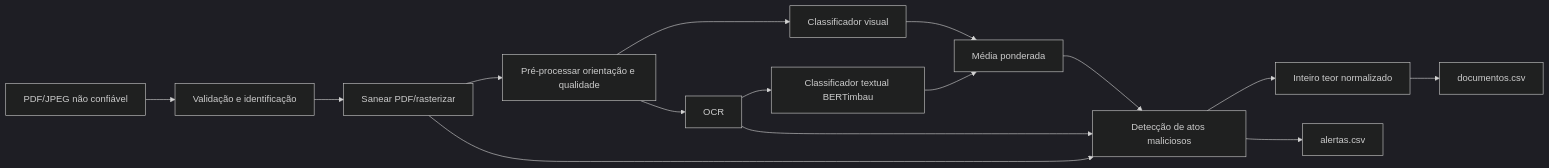
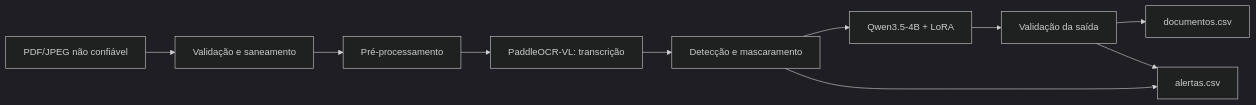
The diagram in docs/architecture/overview.md (glauberg/visiondoc), drawn with Mermaid (dark theme) before and after one commit. The commit also changed other lines of this file and 36 other files, not shown here.

````diff
--- a/docs/architecture/overview.md
+++ b/docs/architecture/overview.md
@@ -11,17 +7,12 @@
 ```mermaid
 flowchart LR
-  A[PDF/JPEG não confiável] --> B[Validação e identificação]
-  B --> C[Sanear PDF/rasterizar]
-  C --> D[Pré-processar orientação e qualidade]
-  D --> E[Classificador visual]
-  D --> F[OCR]
-  F --> G[Classificador textual BERTimbau]
-  E --> H[Média ponderada]
-  G --> H
-  F --> I[Detecção de atos maliciosos]
-  C --> I
-  H --> I
-  I --> J[Inteiro teor normalizado]
-  J --> K[documentos.csv]
-  I --> L[alertas.csv]
+  A[PDF/JPEG não confiável] --> B[Validação e saneamento]
+  B --> C[Pré-processamento]
+  C --> D[PaddleOCR-VL: transcrição]
+  D --> E[Detecção e mascaramento]
+  E --> F[Qwen3.5-4B + LoRA]
+  F --> G[Validação da saída]
+  G --> H[documentos.csv]
+  E --> I[alertas.csv]
+  G --> I
 ```
````
